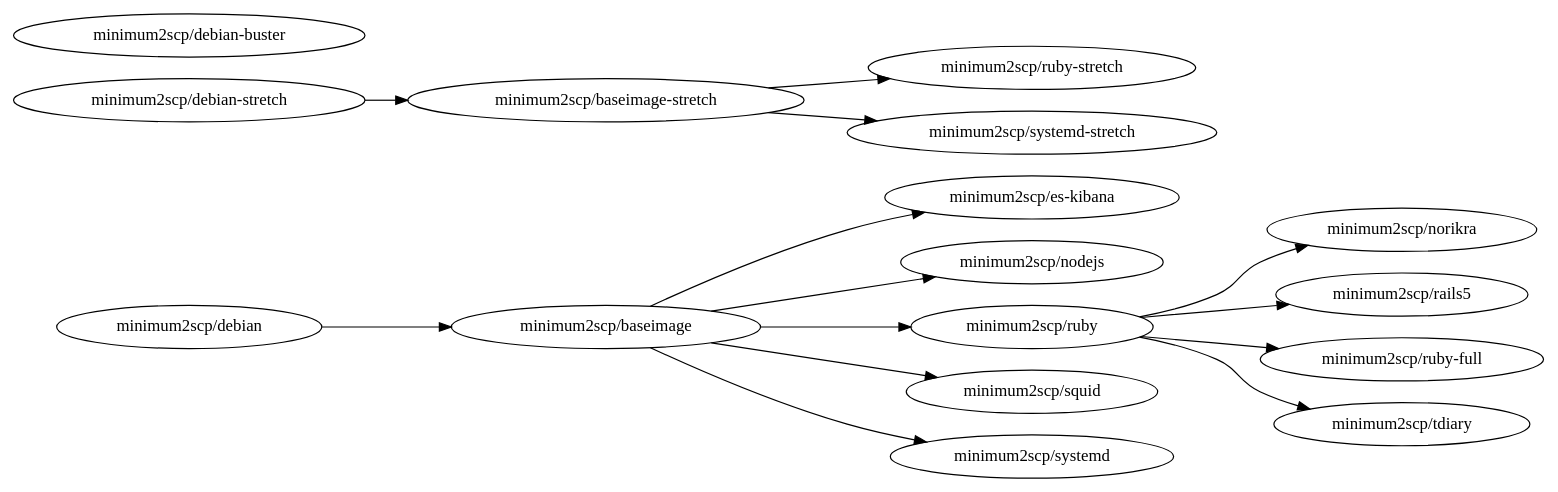
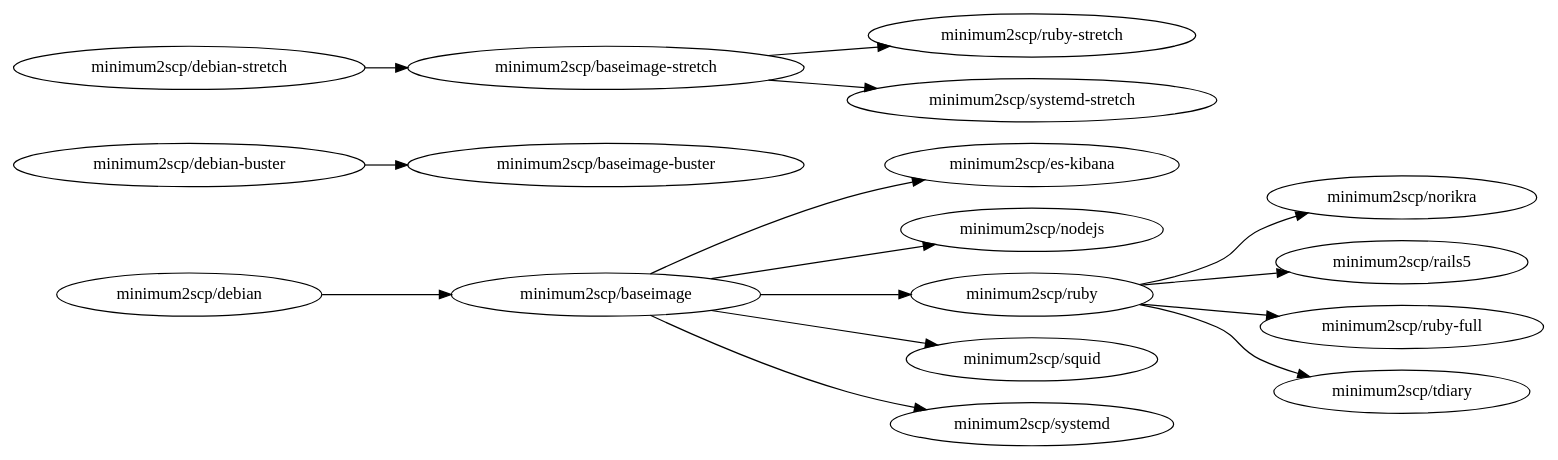
The diagram in deps.dot (minimum2scp/dockerfiles), drawn with Graphviz before and after one commit. The commit also changed 30 other files, not shown here.

Commit message:
Added baseimage-buster image

```diff
--- a/deps.dot
+++ b/deps.dot
@@ -1,32 +1,33 @@
 digraph deps {
   graph        [rankdir = "LR"];
   ratio = auto;
 
 
   baseimage         [label = "minimum2scp/baseimage"];
+  baseimage_buster  [label = "minimum2scp/baseimage-buster "];
   baseimage_stretch [label = "minimum2scp/baseimage-stretch"];
   debian            [label = "minimum2scp/debian"];
   debian_buster     [label = "minimum2scp/debian-buster "];
   debian_stretch    [label = "minimum2scp/debian-stretch"];
   es_kibana         [label = "minimum2scp/es-kibana"];
   nodejs            [label = "minimum2scp/nodejs"];
   norikra           [label = "minimum2scp/norikra"];
   rails5            [label = "minimum2scp/rails5"];
   ruby              [label = "minimum2scp/ruby"];
   ruby_full         [label = "minimum2scp/ruby-full"];
   ruby_stretch      [label = "minimum2scp/ruby-stretch"];
   squid             [label = "minimum2scp/squid"];
   systemd           [label = "minimum2scp/systemd"];
   systemd_stretch   [label = "minimum2scp/systemd-stretch"];
   tdiary            [label = "minimum2scp/tdiary"];
 
   debian    -> baseimage;
   baseimage -> {es_kibana, nodejs, ruby, squid, systemd};
   ruby      -> {norikra, rails5, ruby_full, tdiary};
 
-  debian_buster;
+  debian_buster -> baseimage_buster;
 
   debian_stretch   -> baseimage_stretch;
   baseimage_stretch -> {systemd_stretch, ruby_stretch};
 
 }
```
